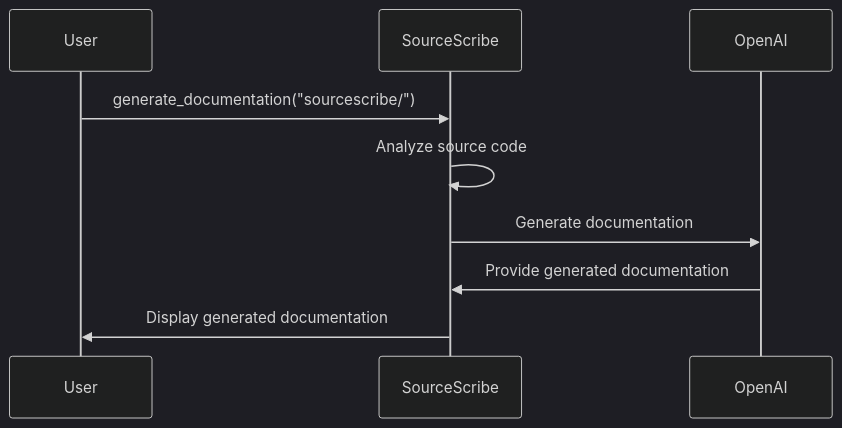
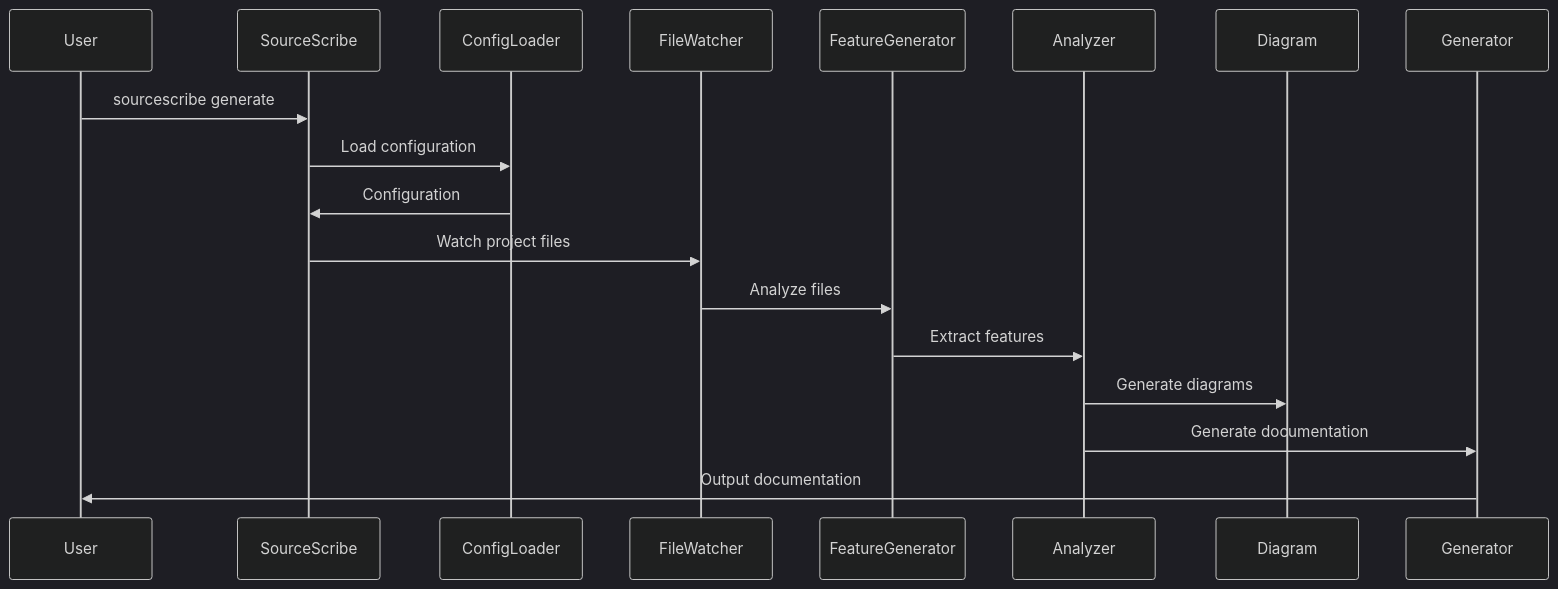
Before and after one commit to Source-Scribe/sourcescribe-core: the diagram in website/docs/api-reference/getting-started/quick-start.md, drawn with Mermaid (dark theme). The commit also changed other lines of this file and 5 other files, not shown here.

````diff
--- a/website/docs/api-reference/getting-started/quick-start.md
+++ b/website/docs/api-reference/getting-started/quick-start.md
@@ -50,12 +73,21 @@
 ```mermaid
 sequenceDiagram
     participant User
     participant SourceScribe
-    participant OpenAI
+    participant ConfigLoader
+    participant FileWatcher
+    participant FeatureGenerator
+    participant Analyzer
+    participant Diagram
+    participant Generator
 
-    User->>SourceScribe: generate_documentation("sourcescribe/")
-    SourceScribe->>SourceScribe: Analyze source code
-    SourceScribe->>OpenAI: Generate documentation
-    OpenAI->>SourceScribe: Provide generated documentation
-    SourceScribe->>User: Display generated documentation
+    User->>SourceScribe: sourcescribe generate
+    SourceScribe->>ConfigLoader: Load configuration
+    ConfigLoader->>SourceScribe: Configuration
+    SourceScribe->>FileWatcher: Watch project files
+    FileWatcher->>FeatureGenerator: Analyze files
+    FeatureGenerator->>Analyzer: Extract features
+    Analyzer->>Diagram: Generate diagrams
+    Analyzer->>Generator: Generate documentation
+    Generator->>User: Output documentation
 ```
````
